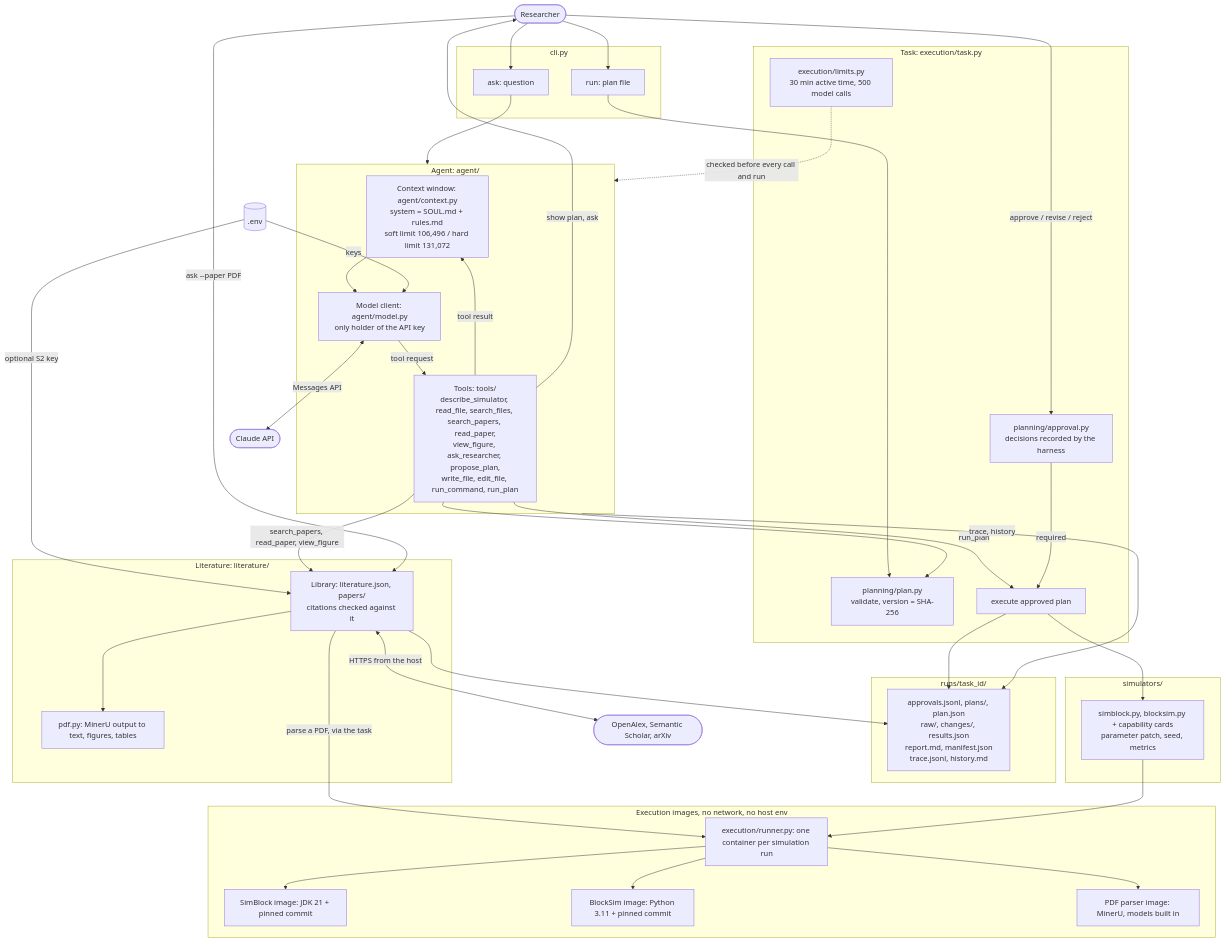
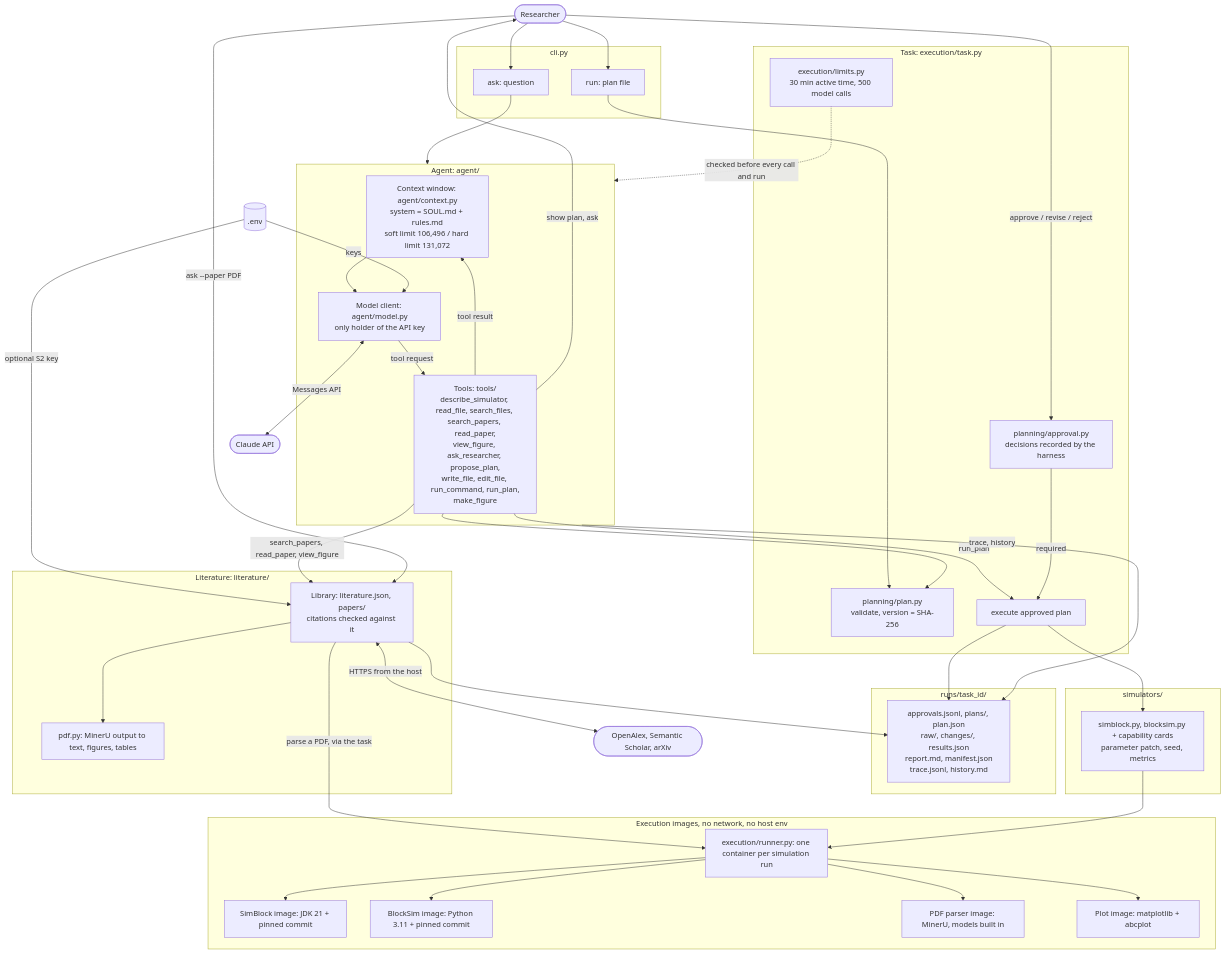
Before and after one commit to teiyou416/abc-harness: the diagram in docs/architecture.md, drawn with Mermaid. The commit also changed other lines of this file and 19 other files, not shown here.

First line of the commit message:
Add make_figure: the agent draws result figures in a plot image

````diff
--- a/docs/architecture.md
+++ b/docs/architecture.md
@@ -8,67 +8,69 @@
 ```mermaid
 flowchart TB
     R(["Researcher"])
 
     subgraph CLI["cli.py"]
         ASK["ask: question"]
         RUN["run: plan file"]
     end
 
     subgraph LOOP["Agent: agent/"]
         CTX["Context window: agent/context.py<br/>system = SOUL.md + rules.md<br/>soft limit 106,496 / hard limit 131,072"]
         LLM["Model client: agent/model.py<br/>only holder of the API key"]
-        TOOLS["Tools: tools/<br/>describe_simulator, read_file, search_files, search_papers, read_paper,<br/>view_figure, ask_researcher, propose_plan,<br/>write_file, edit_file, run_command, run_plan"]
+        TOOLS["Tools: tools/<br/>describe_simulator, read_file, search_files, search_papers, read_paper,<br/>view_figure, ask_researcher, propose_plan,<br/>write_file, edit_file, run_command, run_plan,<br/>make_figure"]
         CTX --> LLM -->|tool request| TOOLS -->|tool result| CTX
     end
 
     subgraph TASK["Task: execution/task.py"]
         PLAN["planning/plan.py<br/>validate, version = SHA-256"]
         APPROVAL["planning/approval.py<br/>decisions recorded by the harness"]
         LIMITS["execution/limits.py<br/>30 min active time, 500 model calls"]
         EXEC["execute approved plan"]
     end
 
     subgraph SIM["simulators/"]
         ADAPTER["simblock.py, blocksim.py + capability cards<br/>parameter patch, seed, metrics"]
     end
 
     subgraph DOCKER["Execution images, no network, no host env"]
         RUNNER["execution/runner.py: one container per simulation run"]
         SIMBLOCK["SimBlock image: JDK 21 + pinned commit"]
         BLOCKSIM["BlockSim image: Python 3.11 + pinned commit"]
         PDFIMG["PDF parser image: MinerU, models built in"]
+        PLOTIMG["Plot image: matplotlib + abcplot"]
         RUNNER --> SIMBLOCK
         RUNNER --> BLOCKSIM
         RUNNER --> PDFIMG
+        RUNNER --> PLOTIMG
     end
 
     subgraph ART["runs/task_id/"]
         FILES["approvals.jsonl, plans/, plan.json<br/>raw/, changes/, results.json<br/>report.md, manifest.json<br/>trace.jsonl, history.md"]
     end
 
     subgraph LIT["Literature: literature/"]
         LIB["Library: literature.json, papers/<br/>citations checked against it"]
         PDF["pdf.py: MinerU output to text, figures, tables"]
         LIB --> PDF
     end
 
     ENV[(".env")] -->|keys| LLM
     ENV -->|optional S2 key| LIB
     TOOLS -->|search_papers, read_paper, view_figure| LIB
     LIB <-->|HTTPS from the host| ACADEMIC(["OpenAlex, Semantic Scholar, arXiv"])
     R -->|ask --paper PDF| LIB
     LIB -->|parse a PDF, via the task| RUNNER
     LIB --> FILES
     LLM <-->|Messages API| CLAUDE(["Claude API"])
     R --> ASK --> LOOP
     R --> RUN --> PLAN
     TOOLS --> PLAN
     TOOLS -->|show plan, ask| R
     R -->|approve / revise / reject| APPROVAL
     TOOLS -->|run_plan| EXEC
     APPROVAL -->|required| EXEC
     LIMITS -.->|checked before every call and run| LOOP
     EXEC --> ADAPTER --> RUNNER
     EXEC --> FILES
     LOOP -->|trace, history| FILES
 ```
````
